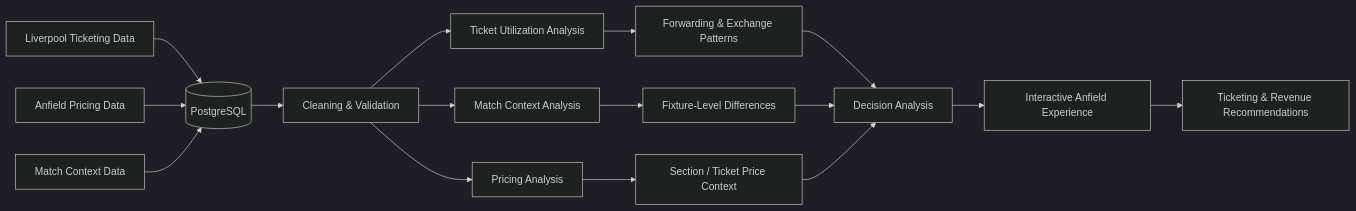
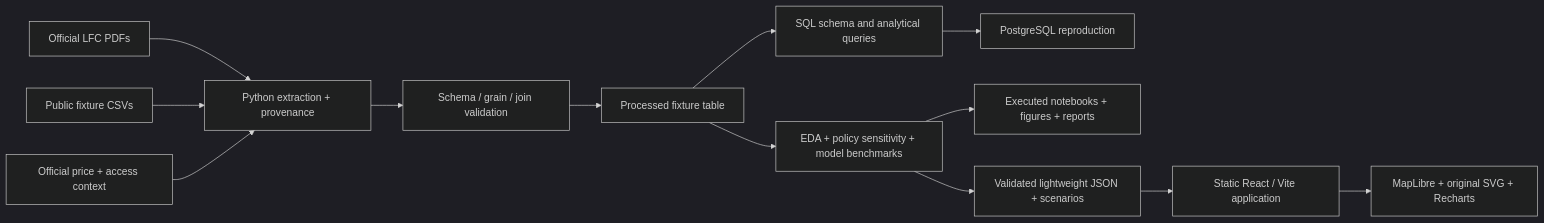
Before and after one commit to Thizisfranklin/Anfield-Stadium-Ticket-Value-Revenue: the diagram in README.md, drawn with Mermaid (dark theme). The commit also changed other lines of this file and 23 other files, not shown here.

Commit message:
Document executed evidence, portfolio claims, validation and deployment

````diff
--- a/README.md
+++ b/README.md
@@ -108,25 +66,15 @@
 ```mermaid
 flowchart LR
-
-    A[Liverpool Ticketing Data] --> D[(PostgreSQL)]
-    B[Anfield Pricing Data] --> D
-    C[Match Context Data] --> D
-
-    D --> E[Cleaning & Validation]
-
-    E --> F[Ticket Utilization Analysis]
-    E --> G[Match Context Analysis]
-    E --> H[Pricing Analysis]
-
-    F --> I[Forwarding & Exchange Patterns]
-    G --> J[Fixture-Level Differences]
-    H --> K[Section / Ticket Price Context]
-
-    I --> L[Decision Analysis]
-    J --> L
-    K --> L
-
-    L --> M[Interactive Anfield Experience]
-
-    M --> N[Ticketing & Revenue Recommendations]
+    A[Official LFC PDFs] --> C[Python extraction + provenance]
+    B[Public fixture CSVs] --> C
+    P[Official price + access context] --> C
+    C --> V[Schema / grain / join validation]
+    V --> D[Processed fixture table]
+    D --> E[EDA + policy sensitivity + model benchmarks]
+    D --> S[SQL schema and analytical queries]
+    S --> PG[PostgreSQL reproduction]
+    E --> N[Executed notebooks + figures + reports]
+    E --> J[Validated lightweight JSON + scenarios]
+    J --> R[Static React / Vite application]
+    R --> M[MapLibre + original SVG + Recharts]
 ```
````
